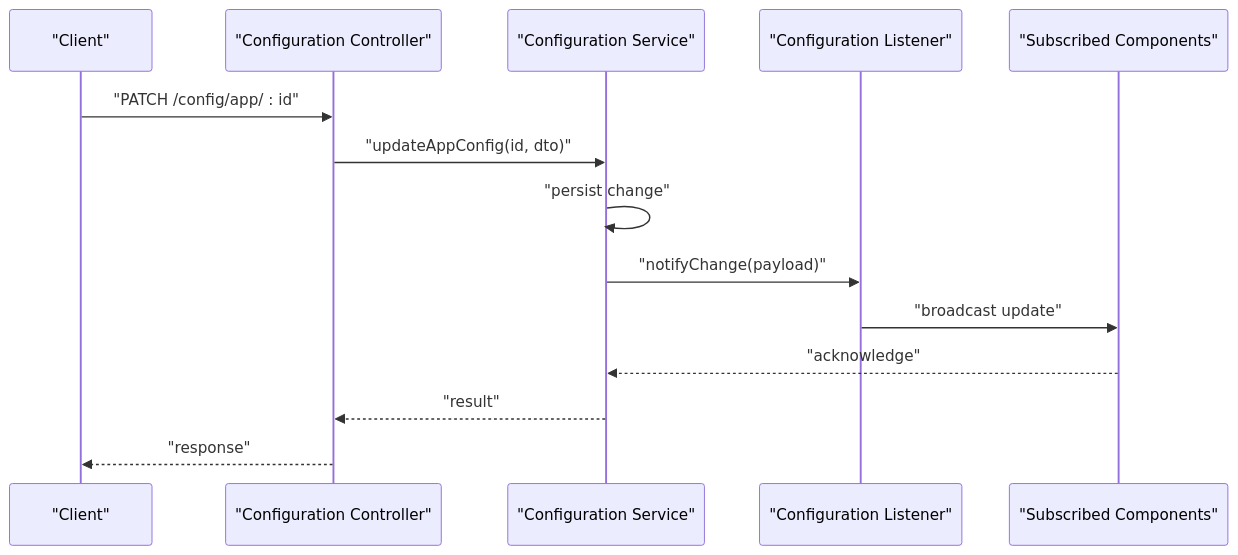
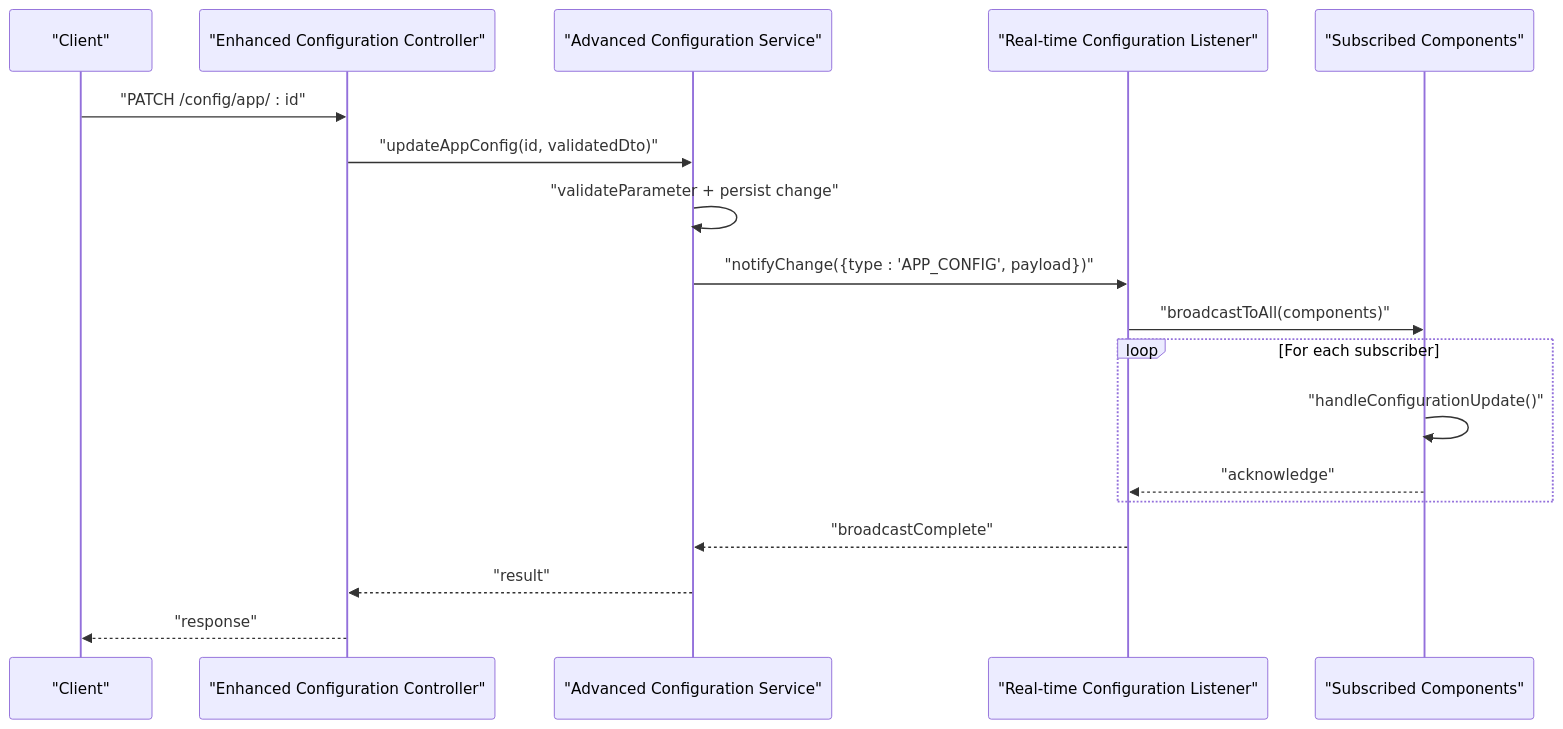
Before and after one commit to franckylab/eLISAschool: the fifth of 9 diagrams in .qoder/repowiki/en/content/Modules & Features/Administrative Modules/Institutional Configuration.md, drawn with Mermaid. The commit also changed other lines of this file and 155 other files, not shown here.

````diff
--- a/.qoder/repowiki/en/content/Modules & Features/Administrative Modules/Institutional Configuration.md
+++ b/.qoder/repowiki/en/content/Modules & Features/Administrative Modules/Institutional Configuration.md
@@ -287,16 +321,20 @@
 ```mermaid
 sequenceDiagram
 participant Client as "Client"
-participant Controller as "Configuration Controller"
-participant Service as "Configuration Service"
-participant Listener as "Configuration Listener"
+participant Controller as "Enhanced Configuration Controller"
+participant Service as "Advanced Configuration Service"
+participant Listener as "Real-time Configuration Listener"
 participant Subscribers as "Subscribed Components"
 Client->>Controller : "PATCH /config/app/ : id"
-Controller->>Service : "updateAppConfig(id, dto)"
-Service->>Service : "persist change"
-Service->>Listener : "notifyChange(payload)"
-Listener->>Subscribers : "broadcast update"
-Subscribers-->>Service : "acknowledge"
+Controller->>Service : "updateAppConfig(id, validatedDto)"
+Service->>Service : "validateParameter + persist change"
+Service->>Listener : "notifyChange({type : 'APP_CONFIG', payload})"
+Listener->>Subscribers : "broadcastToAll(components)"
+loop For each subscriber
+Subscribers->>Subscribers : "handleConfigurationUpdate()"
+Subscribers-->>Listener : "acknowledge"
+end
+Listener-->>Service : "broadcastComplete"
 Service-->>Controller : "result"
 Controller-->>Client : "response"
 ```
````
